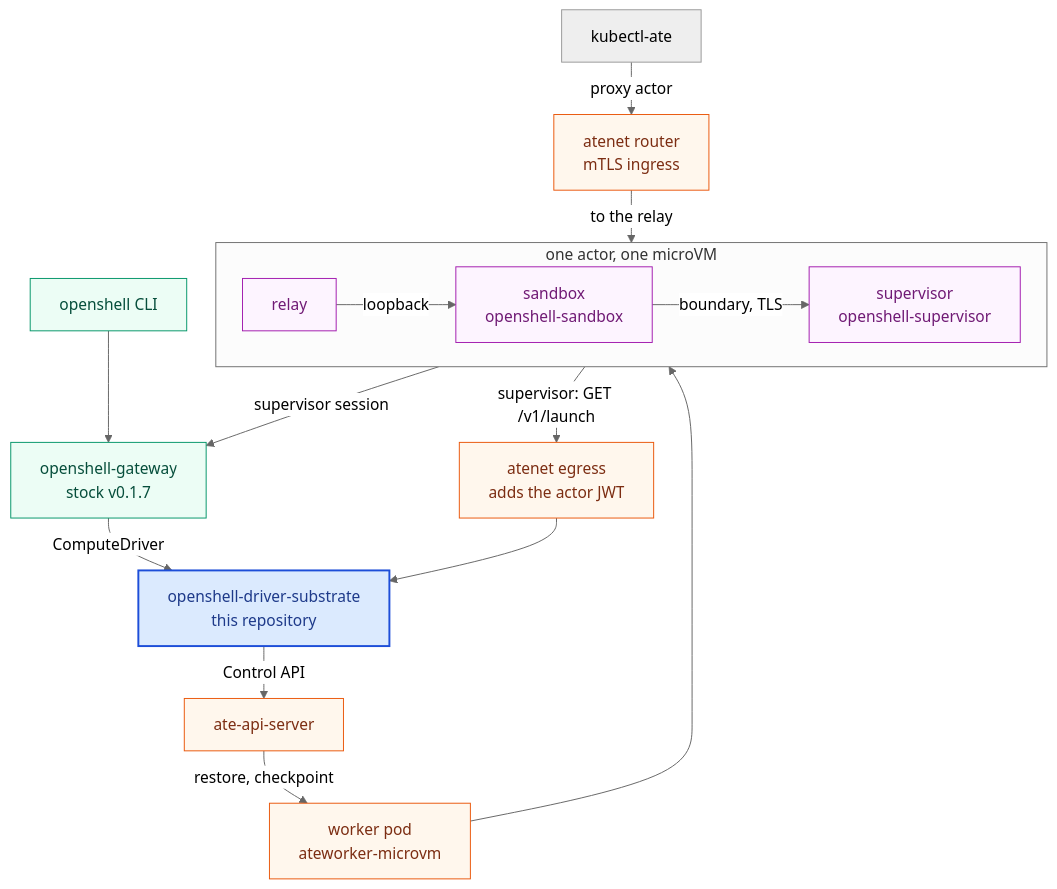
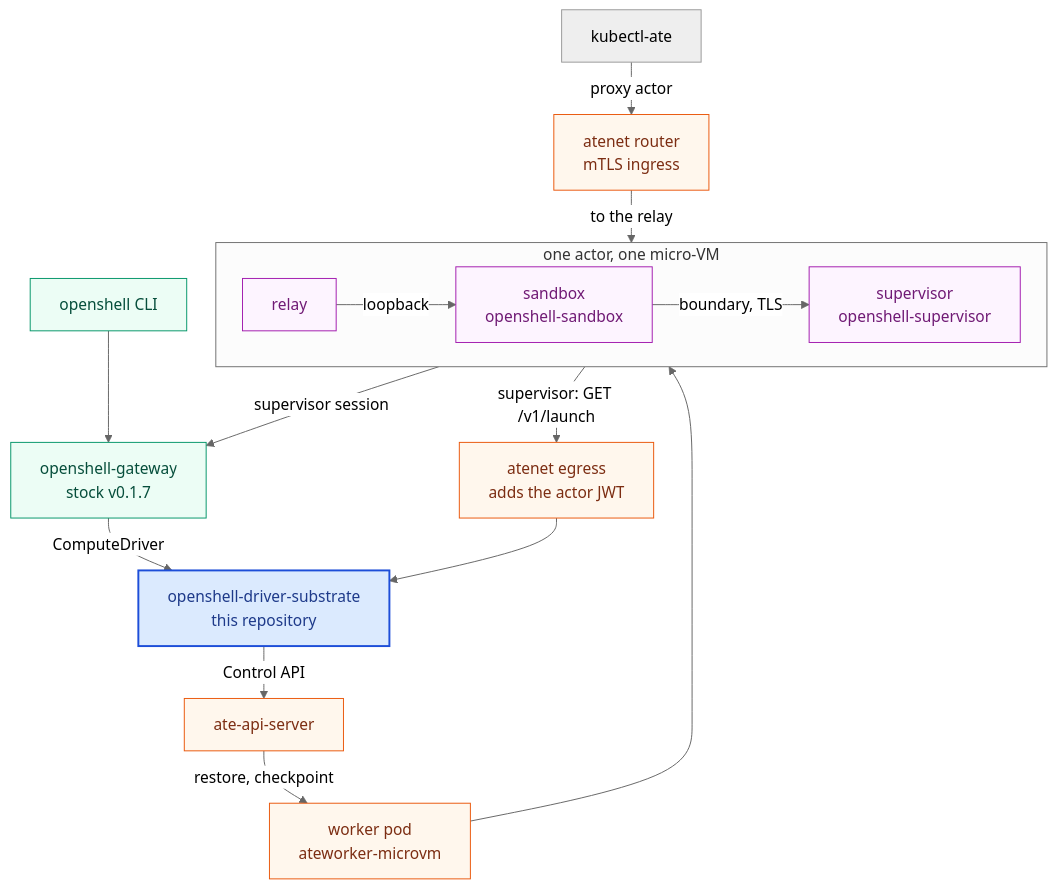
Before and after one commit to dims/openshell-driver-substrate: the diagram in README.md, drawn with Mermaid (neutral theme). The commit also changed 1 other file, not shown here.

Commit message:
docs: architecture diagrams that GitHub renders legibly
GitHub's mermaid wraps node text at about 15 characters and scales a
diagram to the page width, so the big picture was a 5000 px column of
broken words and the sequence diagrams were shown at a quarter size.
Shorter labels with a wrappingWidth directive, sequence diagrams with
wrap on, fewer participants and no forced line breaks, the state
diagram top to bottom. The README's subgraph title spells micro-VM
like the rest of the page.

````diff
--- a/README.md
+++ b/README.md
@@ -29,38 +29,38 @@
 ```mermaid
 %%{init: {"flowchart": {"wrappingWidth": 300, "nodeSpacing": 30, "rankSpacing": 30}}}%%
 flowchart TB
   classDef stock fill:#ecfdf5,stroke:#059669,color:#064e3b
   classDef ours fill:#dbeafe,stroke:#1d4ed8,color:#1e3a8a,stroke-width:2px
   classDef sub fill:#fff7ed,stroke:#ea580c,color:#7c2d12
   classDef guest fill:#fdf4ff,stroke:#a21caf,color:#701a75
 
   cli["openshell CLI"]
   kate["kubectl-ate"]
   gw["openshell-gateway<br/>stock v0.1.7"]
   drv["openshell-driver-substrate<br/>this repository"]
   api["ate-api-server"]
   worker["worker pod<br/>ateworker-microvm"]
   egress["atenet egress<br/>adds the actor JWT"]
   router["atenet router<br/>mTLS ingress"]
 
-  subgraph vm["one actor, one microVM"]
+  subgraph vm["one actor, one micro-VM"]
     direction LR
     relay["relay"] -- "loopback" --> sbx["sandbox<br/>openshell-sandbox"] -- "boundary, TLS" --> sup["supervisor<br/>openshell-supervisor"]
   end
 
   cli --> gw
   gw -- "ComputeDriver" --> drv
   drv -- "Control API" --> api
   api -- "restore, checkpoint" --> worker
   worker --> vm
   vm -- "supervisor: GET /v1/launch" --> egress
   egress --> drv
   vm -- "supervisor session" --> gw
   kate -- "proxy actor" --> router
   router -- "to the relay" --> vm
 
   class cli,gw stock
   class drv ours
   class api,worker,egress,router sub
   class relay,sbx,sup guest
 ```
````
